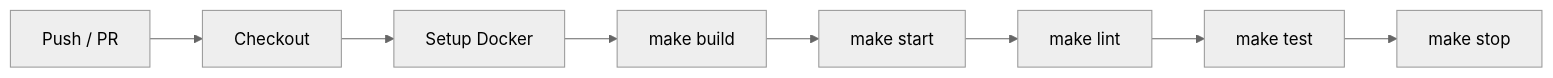
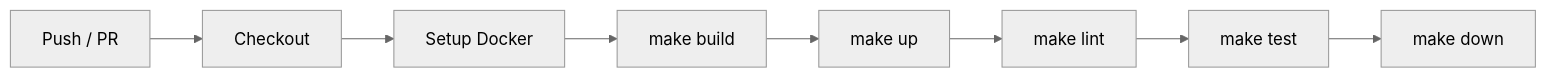
The diagram in skills/github-actions/SKILL.md (carlosedm10/skills), drawn with Mermaid (neutral theme) before and after one commit. The commit also changed other lines of this file and 6 other files, not shown here.

````diff
--- a/skills/github-actions/SKILL.md
+++ b/skills/github-actions/SKILL.md
@@ -37,10 +37,10 @@
 ```mermaid
 flowchart LR
   push[Push / PR] --> checkout[Checkout]
   checkout --> setup[Setup Docker]
   setup --> build["make build"]
-  build --> start["make start"]
-  start --> lint["make lint"]
+  build --> up["make up"]
+  up --> lint["make lint"]
   lint --> test["make test"]
-  test --> stop["make stop"]
+  test --> down["make down"]
 ```
````
